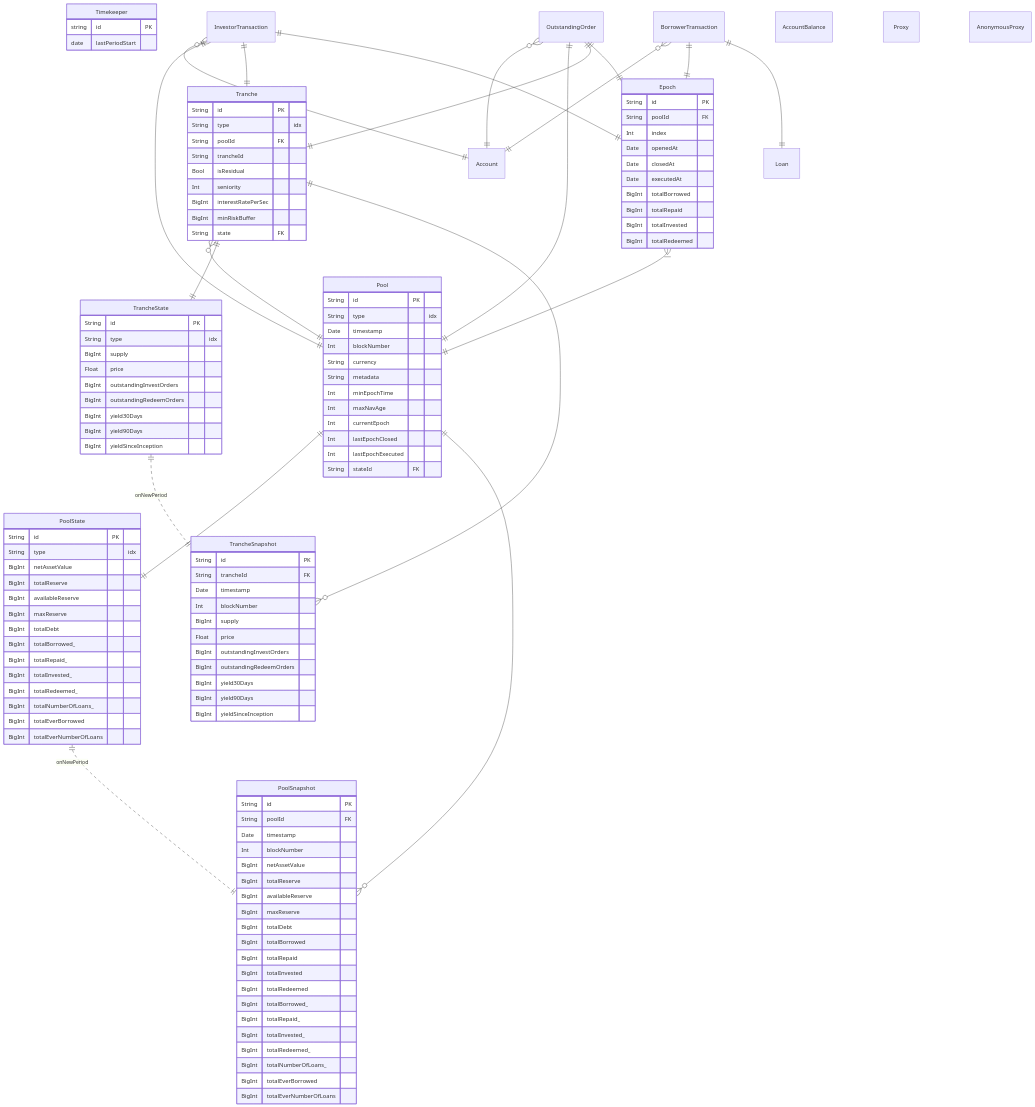
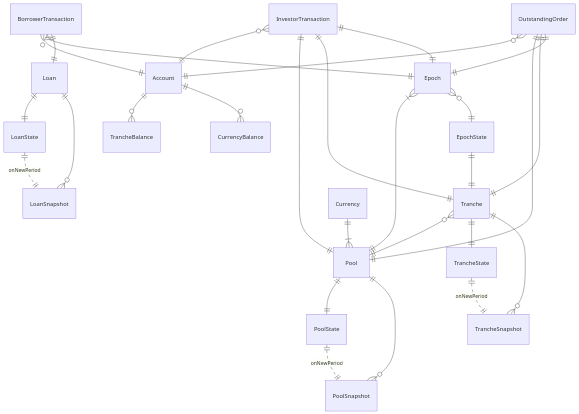
One commit to centrifuge/pools-subql changed the diagram in README.md. Above: the diagram before and after it, drawn with Mermaid. The commit also changed other lines of this file, not shown here.

Commit message:
docs: updated data model diagram (#118)

````diff
--- a/README.md
+++ b/README.md
@@ -73,171 +72,38 @@
 ```mermaid
 erDiagram
-    Timekeeper {
-        string id PK
-        date lastPeriodStart
-    }
+    Account ||--o{ TrancheBalance: ""
+    Account ||--o{ CurrencyBalance: ""
+
+    Loan ||--|| LoanState: ""
+    Loan ||--o{ LoanSnapshot: ""
+    LoanState ||..|| LoanSnapshot: "onNewPeriod"
 
     Pool ||--|| PoolState: ""
-    Pool {
-        String id PK
-        String type "idx"
-
-        Date timestamp
-        Int blockNumber
-
-        String currency
-        String metadata
-
-        Int minEpochTime
-        Int maxNavAge
-
-        Int currentEpoch
-        Int lastEpochClosed
-        Int lastEpochExecuted
-
-        String stateId FK
-    }
-
+    Pool ||--o{ PoolSnapshot: ""
     PoolState ||..|| PoolSnapshot: "onNewPeriod"
-    PoolState{
-        String id PK
-        String type "idx"
-
-        BigInt netAssetValue
-        BigInt totalReserve
-        BigInt availableReserve
-        BigInt maxReserve
-        BigInt totalDebt
-
-        BigInt totalBorrowed_
-        BigInt totalRepaid_
-        BigInt totalInvested_
-        BigInt totalRedeemed_
-        BigInt totalNumberOfLoans_
-
-        BigInt totalEverBorrowed
-        BigInt totalEverNumberOfLoans
-    }
-
-    PoolSnapshot }o--|| Pool: ""
-    PoolSnapshot {
-        String id PK
-        String poolId FK
-
-        Date timestamp
-        Int blockNumber
-
-        BigInt netAssetValue
-        BigInt totalReserve
-        BigInt availableReserve
-        BigInt maxReserve
-        BigInt totalDebt
-
-        BigInt totalBorrowed
-        BigInt totalRepaid
-        BigInt totalInvested
-        BigInt totalRedeemed
-
-        BigInt totalBorrowed_
-        BigInt totalRepaid_
-        BigInt totalInvested_
-        BigInt totalRedeemed_
-        BigInt totalNumberOfLoans_
-
-        BigInt totalEverBorrowed
-        BigInt totalEverNumberOfLoans
-    }
 
     Tranche }o--|| Pool: ""
     Tranche ||--|| TrancheState: ""
-    Tranche {
-        String id PK
-        String type "idx"
-        String poolId FK
-        String trancheId
-
-        Bool isResidual
-        Int seniority
-        BigInt interestRatePerSec
-        BigInt minRiskBuffer
-
-        String state FK
-    }
-
+    Tranche ||--o{ TrancheSnapshot: ""
     TrancheState ||..|| TrancheSnapshot: "onNewPeriod"
-    TrancheState {
-        String id PK
-        String type "idx"
-
-        BigInt supply
-        Float price
-
-        BigInt outstandingInvestOrders
-        BigInt outstandingRedeemOrders
-
-        BigInt yield30Days
-        BigInt yield90Days
-        BigInt yieldSinceInception
-    }
-
-    TrancheSnapshot }o--|| Tranche: ""
-    TrancheSnapshot {
-        String id PK
-        String trancheId FK
-
-        Date timestamp
-        Int blockNumber
-
-        BigInt supply
-        Float price
-
-        BigInt outstandingInvestOrders
-        BigInt outstandingRedeemOrders
-
-        BigInt yield30Days
-        BigInt yield90Days
-        BigInt yieldSinceInception
-    }
 
     Epoch }|--|| Pool: ""
-    Epoch {
-        String id PK
-        String poolId FK
-
-        Int index
-
-        Date openedAt
-        Date closedAt
-        Date executedAt
-
-        BigInt totalBorrowed
-        BigInt totalRepaid
-        BigInt totalInvested
-        BigInt totalRedeemed
-    }
+    Epoch }o--|| EpochState: ""
+    EpochState ||--|| Tranche: ""
 
     InvestorTransaction }o--|| Account: ""
     InvestorTransaction ||--|| Pool: ""
     InvestorTransaction ||--|| Tranche: ""
     InvestorTransaction ||--|| Epoch: ""
-    InvestorTransaction {}
-
-
-    BorrowerTransaction }o--|| Account: ""
-    BorrowerTransaction ||--|| Epoch: ""
-    BorrowerTransaction ||--|| Loan: ""
-    BorrowerTransaction {}
-
 
     OutstandingOrder }o--|| Account: ""
     OutstandingOrder ||--|| Pool: ""
     OutstandingOrder ||--|| Tranche: ""
     OutstandingOrder ||--|| Epoch: ""
-    OutstandingOrder {}
 
-    Account {}
-    AccountBalance {}
-    Loan {}
-    Proxy {}
-    AnonymousProxy {}
+    BorrowerTransaction }o--|| Account: ""
+    BorrowerTransaction ||--|| Epoch: ""
+    BorrowerTransaction ||--|| Loan: ""
+
+    Currency ||--|{ Pool: ""
 ```
````
